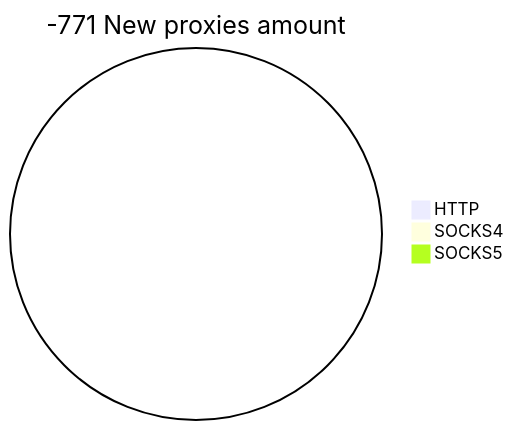
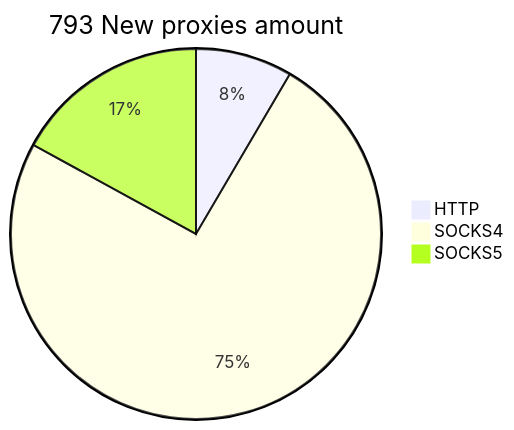
The second of 2 diagrams in README.md (cutipu/proxylist), drawn with Mermaid before and after one commit. The commit also changed other lines of this file, not shown here.

````diff
--- a/README.md
+++ b/README.md
@@ -10,6 +10,6 @@
 ```mermaid
-pie title -771 New proxies amount
-    "HTTP" : 0
-    "SOCKS4" : 0
-    "SOCKS5" : 0
+pie title 793 New proxies amount
+    "HTTP" : 67
+    "SOCKS4" : 591
+    "SOCKS5" : 135
 ```
````
